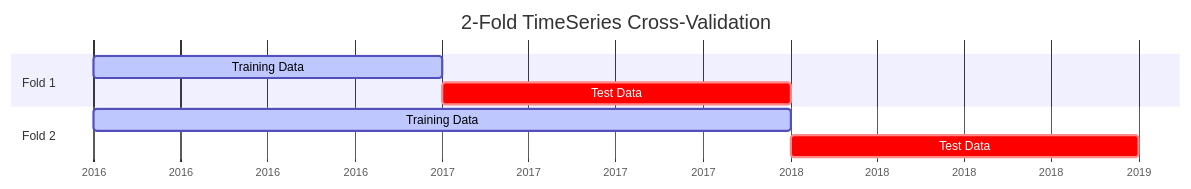
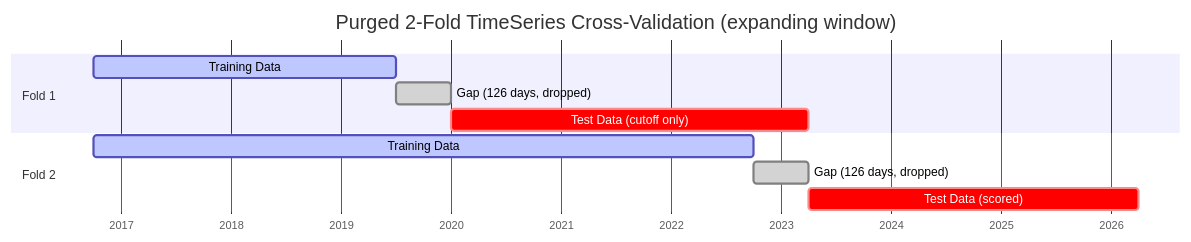
The first of 2 diagrams in README.md (kleinnconrad/stock-predictor), drawn with Mermaid before and after one commit. The commit also changed other lines of this file and 4 other files, not shown here.

````diff
--- a/README.md
+++ b/README.md
@@ -45,14 +61,16 @@
 ```mermaid
 gantt
-    title 2-Fold TimeSeries Cross-Validation
+    title Purged 2-Fold TimeSeries Cross-Validation (expanding window)
     dateFormat  YYYY-MM-DD
     axisFormat  %Y
-    
+
     section Fold 1
-    Training Data :active, 2016-01-01, 2017-01-01
-    Test Data     :crit, 2017-01-01, 2018-01-01
-    
+    Training Data             :active, 2016-10-01, 2019-07-01
+    Gap (126 days, dropped)   :done,   2019-07-01, 2020-01-01
+    Test Data (cutoff only)   :crit,   2020-01-01, 2023-04-01
+
     section Fold 2
-    Training Data :active, 2016-01-01, 2018-01-01
-    Test Data     :crit, 2018-01-01, 2019-01-01
+    Training Data             :active, 2016-10-01, 2022-10-01
+    Gap (126 days, dropped)   :done,   2022-10-01, 2023-04-01
+    Test Data (scored)        :crit,   2023-04-01, 2026-04-01
 ```
````
